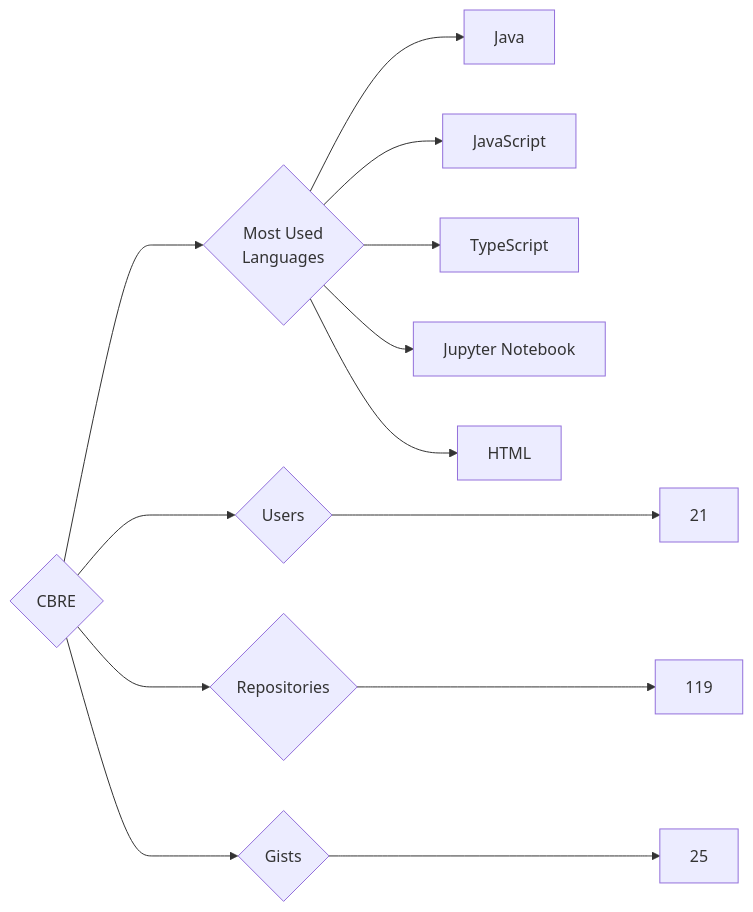
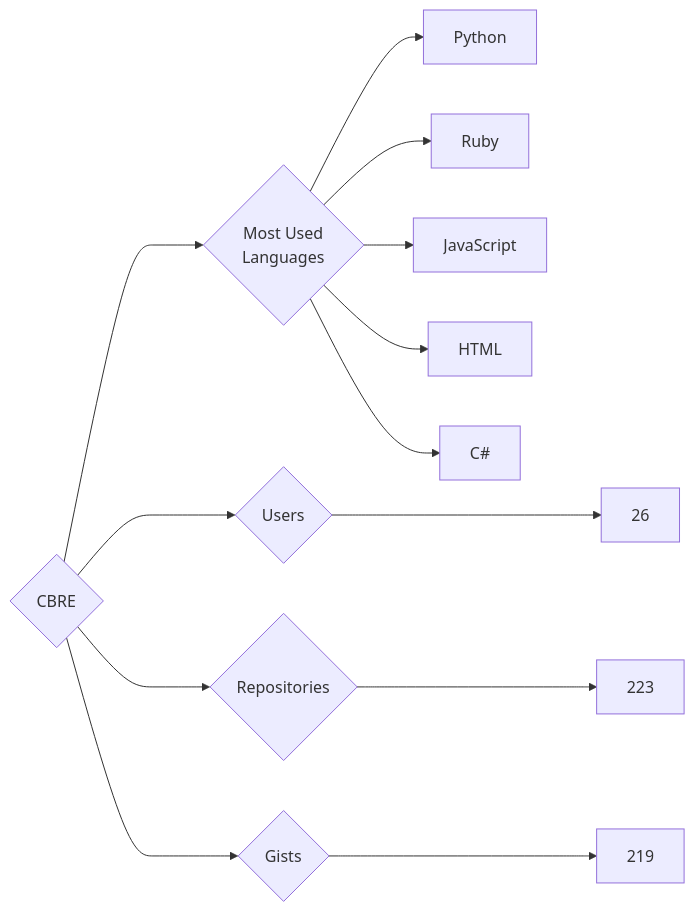
One commit to trickest/insiders changed the diagram in targets/CBRE/README.md. Above: the diagram before and after it, drawn with Mermaid. The commit also changed 782 other files, not shown here.

````diff
--- a/targets/CBRE/README.md
+++ b/targets/CBRE/README.md
@@ -3,13 +3,13 @@
 ```mermaid
 graph LR
 COMPANY_NAME{CBRE}
-COMPANY_NAME ---> U{Users} ---> UN[21]
-COMPANY_NAME ---> R{Repositories} ---> RN[119]
-COMPANY_NAME ---> G{Gists} ---> GN[25]
+COMPANY_NAME ---> U{Users} ---> UN[26]
+COMPANY_NAME ---> R{Repositories} ---> RN[223]
+COMPANY_NAME ---> G{Gists} ---> GN[219]
 COMPANY_NAME ---> ML{Most Used<br>Languages}
-ML --> Java[Java]
+ML --> Python[Python]
+ML --> Ruby[Ruby]
 ML --> JavaScript[JavaScript]
-ML --> TypeScript[TypeScript]
-ML --> Jupyter_Notebook[Jupyter Notebook]
 ML --> HTML[HTML]
+ML --> C#[C#]
 ```
````
